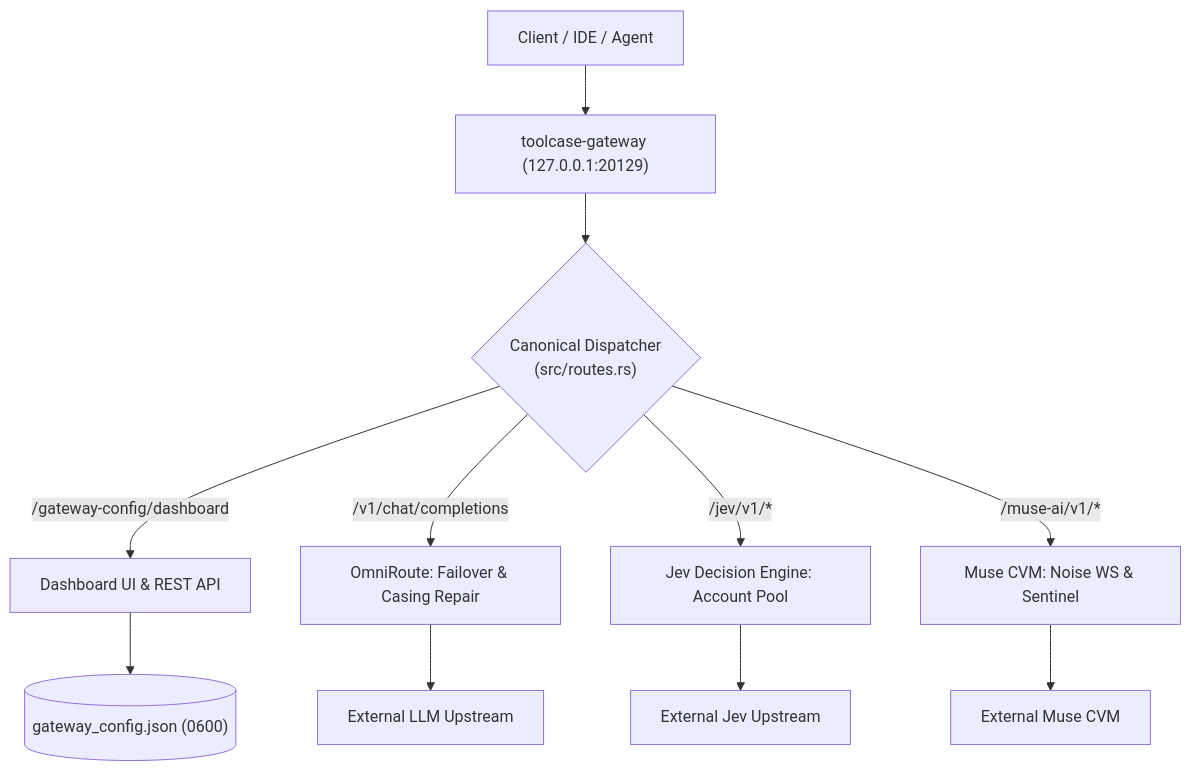
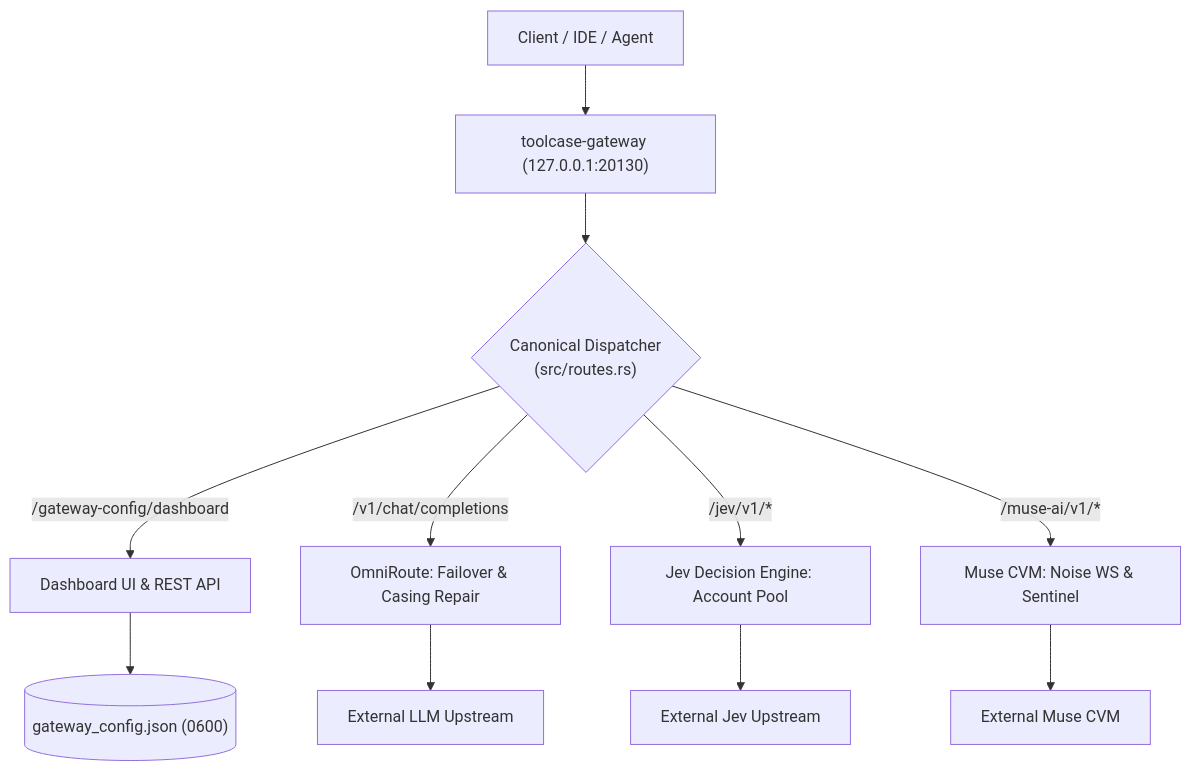
The diagram in README.md (giauphan/toolcase-gateway), drawn with Mermaid before and after one commit. The commit also changed other lines of this file and 8 other files, not shown here.

````diff
--- a/README.md
+++ b/README.md
@@ -38,15 +38,15 @@
 ```mermaid
 graph TD
-    Client["Client / IDE / Agent"] --> Gateway["toolcase-gateway (127.0.0.1:20129)"]
+    Client["Client / IDE / Agent"] --> Gateway["toolcase-gateway (127.0.0.1:20130)"]
     Gateway --> Dispatcher{"Canonical Dispatcher<br>(src/routes.rs)"}
     
     Dispatcher -->|"/gateway-config/dashboard"| Dashboard["Dashboard UI & REST API"]
     Dispatcher -->|"/v1/chat/completions"| OmniRoute["OmniRoute: Failover & Casing Repair"]
     Dispatcher -->|"/jev/v1/*"| Jev["Jev Decision Engine: Account Pool"]
     Dispatcher -->|"/muse-ai/v1/*"| Muse["Muse CVM: Noise WS & Sentinel"]
     
     Dashboard --> Disk[("gateway_config.json (0600)")]
     OmniRoute --> UpstreamLLM["External LLM Upstream"]
     Jev --> UpstreamJev["External Jev Upstream"]
     Muse --> UpstreamMuse["External Muse CVM"]
 ```
````
